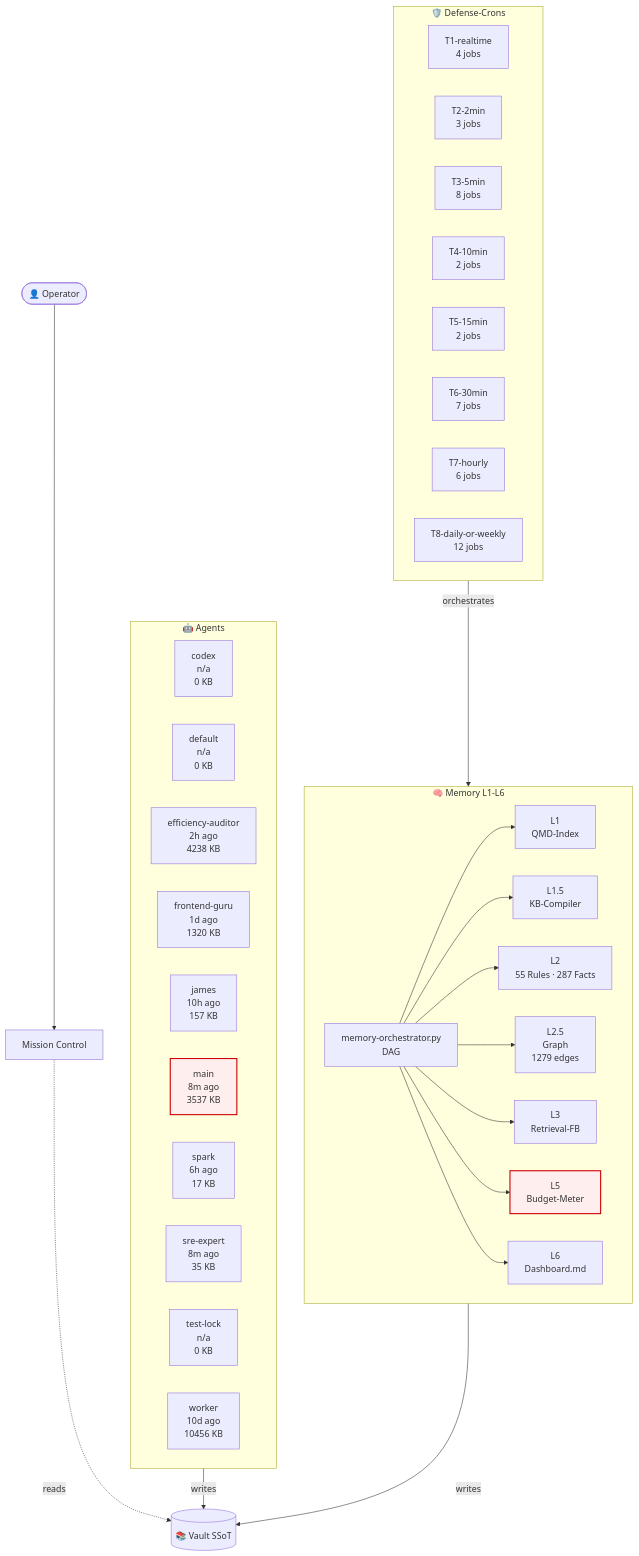
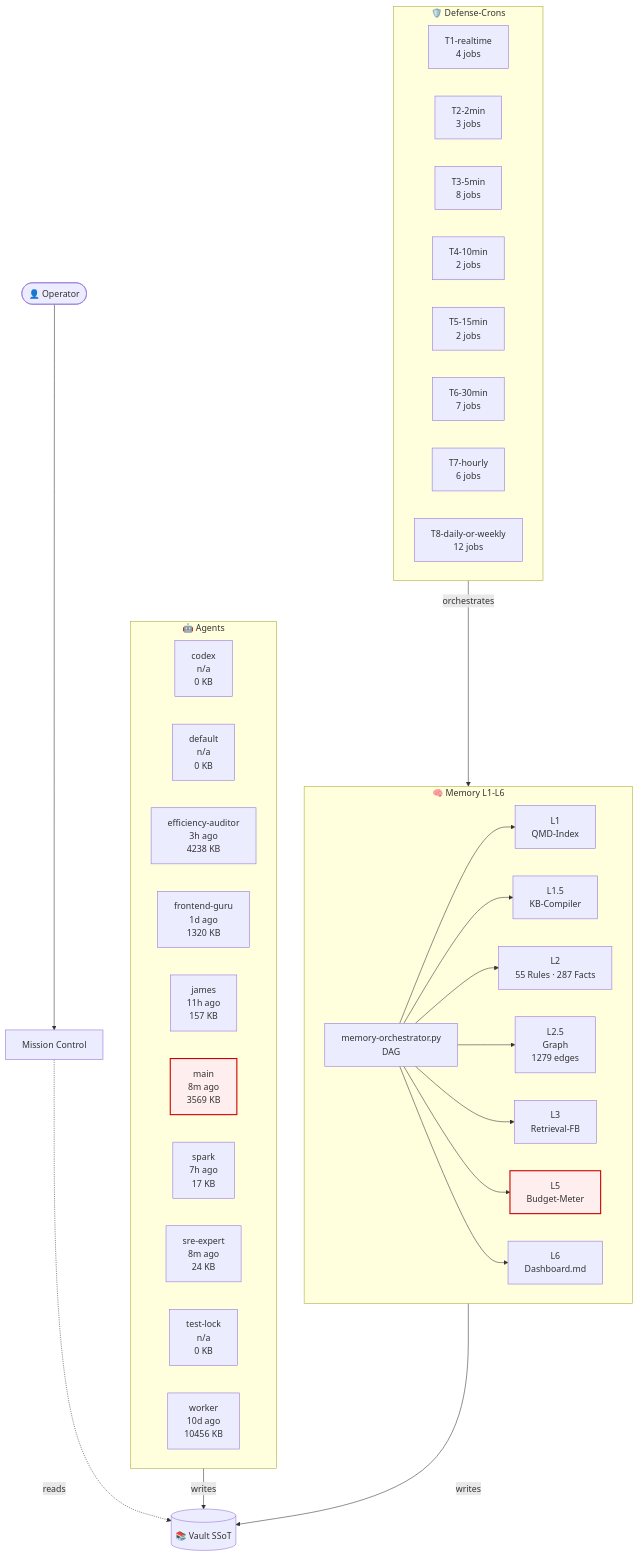
The diagram in 03-Agents/architecture-live.md (lenardhuebner88-rgb/openclaw-memory), drawn with Mermaid before and after one commit. The commit also changed other lines of this file and 12 other files, not shown here.

````diff
--- a/03-Agents/architecture-live.md
+++ b/03-Agents/architecture-live.md
@@ -18,53 +18,53 @@
 ```mermaid
 flowchart TB
     classDef critical fill:#fee,stroke:#c00,stroke-width:2px;
     subgraph AGT["🤖 Agents"]
         agent_codex["codex<br/>n/a<br/>0 KB"]
         agent_default["default<br/>n/a<br/>0 KB"]
-        agent_efficiency_auditor["efficiency-auditor<br/>2h ago<br/>4238 KB"]
+        agent_efficiency_auditor["efficiency-auditor<br/>3h ago<br/>4238 KB"]
         agent_frontend_guru["frontend-guru<br/>1d ago<br/>1320 KB"]
-        agent_james["james<br/>10h ago<br/>157 KB"]
-        agent_main["main<br/>8m ago<br/>3537 KB"]
-        agent_spark["spark<br/>6h ago<br/>17 KB"]
-        agent_sre_expert["sre-expert<br/>8m ago<br/>35 KB"]
+        agent_james["james<br/>11h ago<br/>157 KB"]
+        agent_main["main<br/>8m ago<br/>3569 KB"]
+        agent_spark["spark<br/>7h ago<br/>17 KB"]
+        agent_sre_expert["sre-expert<br/>8m ago<br/>24 KB"]
         agent_test_lock["test-lock<br/>n/a<br/>0 KB"]
         agent_worker["worker<br/>10d ago<br/>10456 KB"]
     end
     subgraph MEM["🧠 Memory L1-L6"]
         L1["L1<br/>QMD-Index"]
         L15["L1.5<br/>KB-Compiler"]
         L2["L2<br/>55 Rules · 287 Facts"]
         L25["L2.5<br/>Graph<br/>1279 edges"]
         L3["L3<br/>Retrieval-FB"]
         L5["L5<br/>Budget-Meter"]
         L6["L6<br/>Dashboard.md"]
         ORCH["memory-orchestrator.py<br/>DAG"]
     end
     subgraph CRN["🛡️ Defense-Crons"]
         tier_T1_realtime["T1-realtime<br/>4 jobs"]
         tier_T2_2min["T2-2min<br/>3 jobs"]
         tier_T3_5min["T3-5min<br/>8 jobs"]
         tier_T4_10min["T4-10min<br/>2 jobs"]
         tier_T5_15min["T5-15min<br/>2 jobs"]
         tier_T6_30min["T6-30min<br/>7 jobs"]
         tier_T7_hourly["T7-hourly<br/>6 jobs"]
         tier_T8_daily_or_weekly["T8-daily-or-weekly<br/>12 jobs"]
     end
     VAULT[("📚 Vault SSoT")]
     OP([👤 Operator])
     MC["Mission Control"]
     OP --> MC
     MC -.reads.-> VAULT
     AGT -->|writes| VAULT
     MEM -->|writes| VAULT
     ORCH --> L1
     ORCH --> L15
     ORCH --> L2
     ORCH --> L25
     ORCH --> L3
     ORCH --> L5
     ORCH --> L6
     CRN -->|orchestrates| MEM
     class L5 critical
     class agent_main critical
 ```
````
